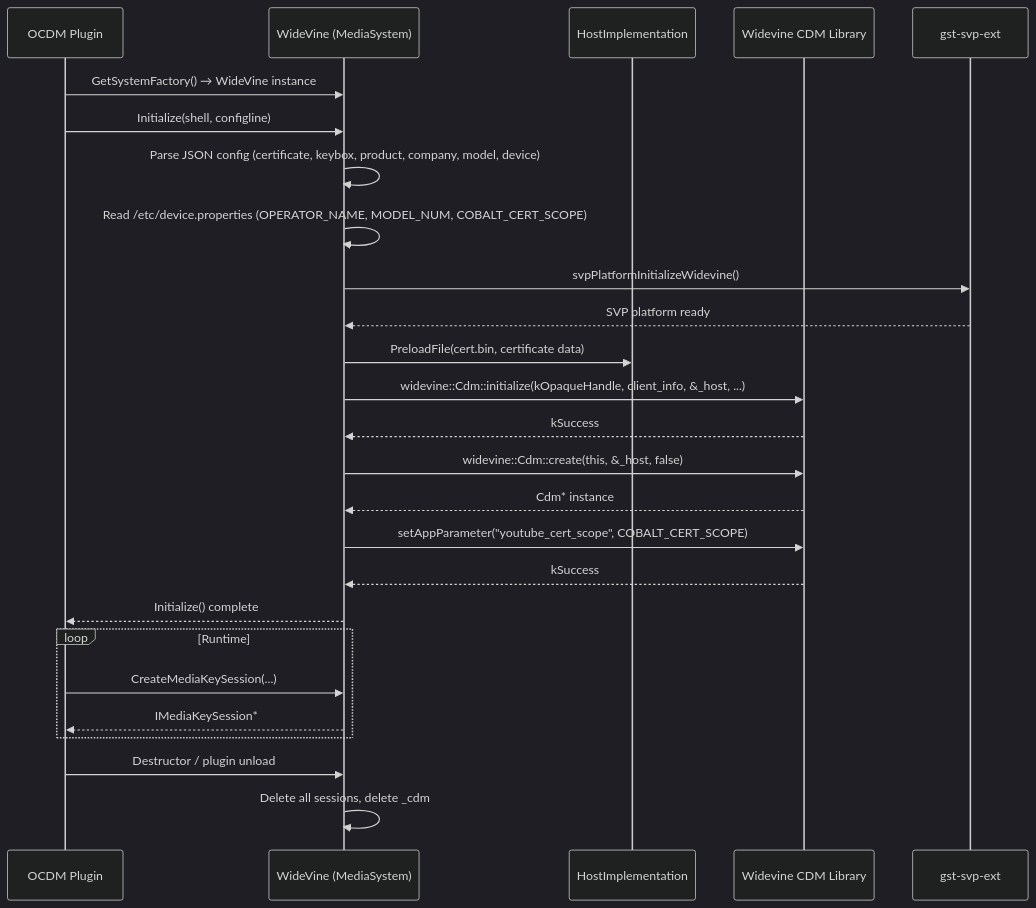
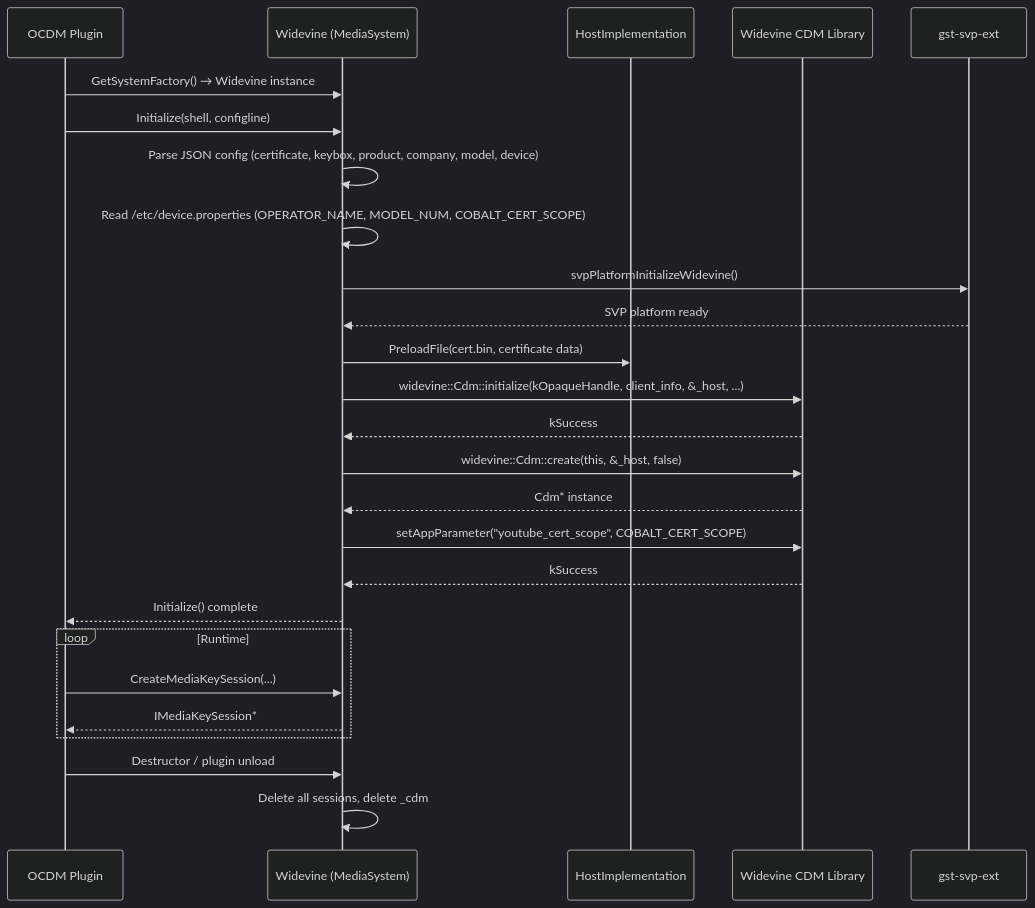
Before and after one commit to rdkcentral/widevine-rdk: the third of 7 diagrams in docs/README.md, drawn with Mermaid (dark theme). The commit also changed other lines of this file, not shown here.

````diff
--- a/docs/README.md
+++ b/docs/README.md
@@ -144,36 +144,36 @@
 ```mermaid
 sequenceDiagram
     participant OCDMPlugin as OCDM Plugin
-    participant WV as WideVine (MediaSystem)
+    participant WV as Widevine (MediaSystem)
     participant HI as HostImplementation
     participant CDM as Widevine CDM Library
     participant SVP as gst-svp-ext
 
-    OCDMPlugin->>WV: GetSystemFactory() → WideVine instance
+    OCDMPlugin->>WV: GetSystemFactory() → Widevine instance
     OCDMPlugin->>WV: Initialize(shell, configline)
 
     WV->>WV: Parse JSON config (certificate, keybox, product, company, model, device)
     WV->>WV: Read /etc/device.properties (OPERATOR_NAME, MODEL_NUM, COBALT_CERT_SCOPE)
     WV->>SVP: svpPlatformInitializeWidevine()
     SVP-->>WV: SVP platform ready
 
     WV->>HI: PreloadFile(cert.bin, certificate data)
     WV->>CDM: widevine::Cdm::initialize(kOpaqueHandle, client_info, &_host, ...)
     CDM-->>WV: kSuccess
 
     WV->>CDM: widevine::Cdm::create(this, &_host, false)
     CDM-->>WV: Cdm* instance
 
     WV->>CDM: setAppParameter("youtube_cert_scope", COBALT_CERT_SCOPE)
     CDM-->>WV: kSuccess
 
     WV-->>OCDMPlugin: Initialize() complete
 
     loop Runtime
         OCDMPlugin->>WV: CreateMediaKeySession(...)
         WV-->>OCDMPlugin: IMediaKeySession*
     end
 
     OCDMPlugin->>WV: Destructor / plugin unload
     WV->>WV: Delete all sessions, delete _cdm
 ```
````
